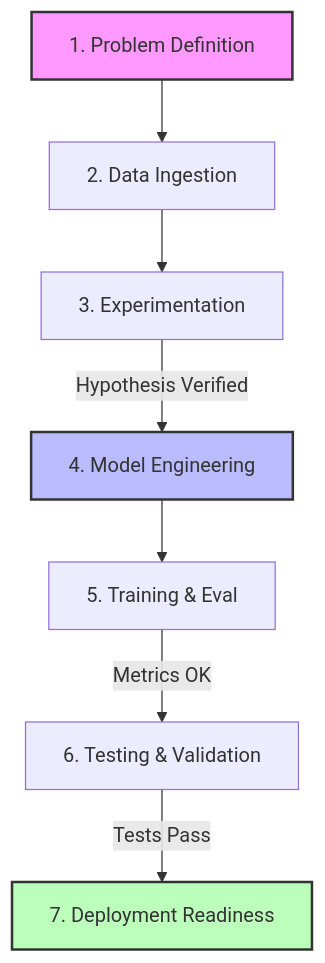
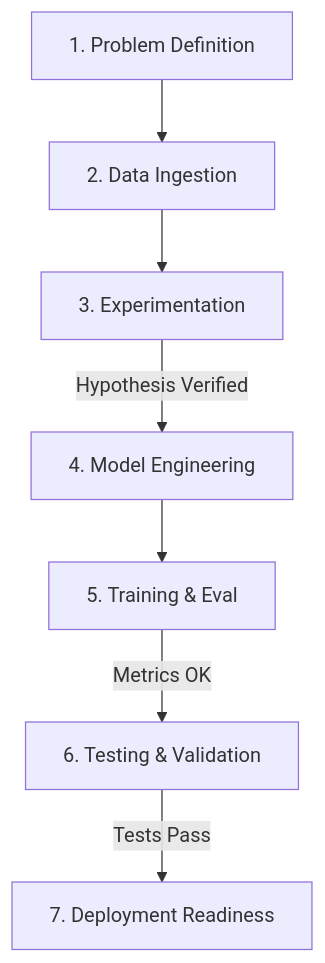
The second of 3 diagrams in README.md (yassinebenacha/yassinebenacha), drawn with Mermaid before and after one commit.

Commit message:
Remove class style definitions from README
Removed style definitions for diagram classes in README.

````diff
--- a/README.md
+++ b/README.md
@@ -93,17 +93,9 @@
 ```mermaid
 flowchart TD
     A[1. Problem Definition] --> B[2. Data Ingestion]
     B --> C[3. Experimentation]
     C -->|Hypothesis Verified| D[4. Model Engineering]
     D --> E[5. Training & Eval]
     E -->|Metrics OK| F[6. Testing & Validation]
     F -->|Tests Pass| G[7. Deployment Readiness]
-
-    %% Style de base
-    classDef purple fill:#f9f,stroke:#333,stroke-width:2px
-    classDef blue fill:#bbf,stroke:#333,stroke-width:2px
-    classDef green fill:#bfb,stroke:#333,stroke-width:2px
-    class A purple
-    class D blue
-    class G green
 ```
````
